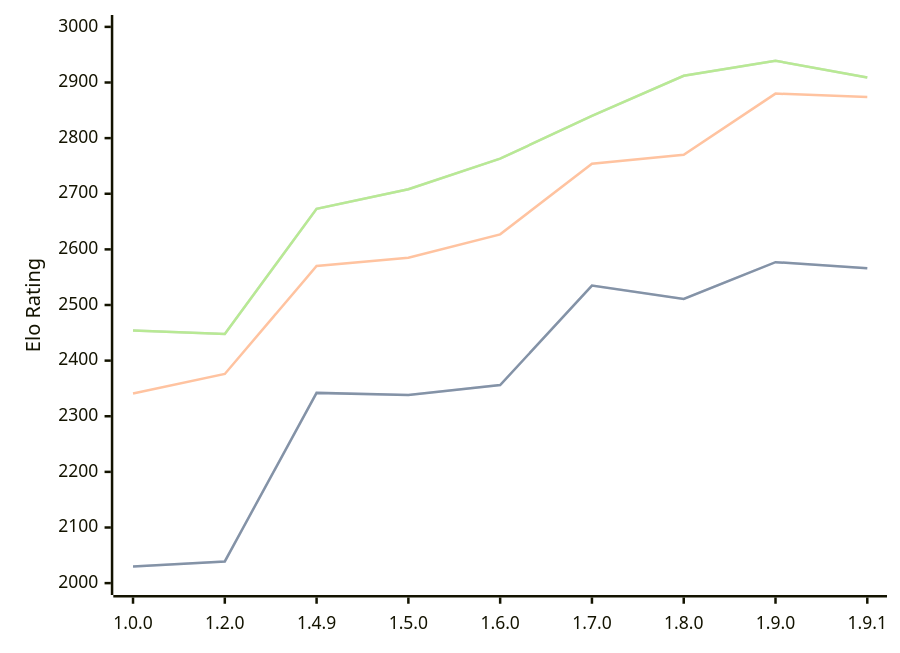
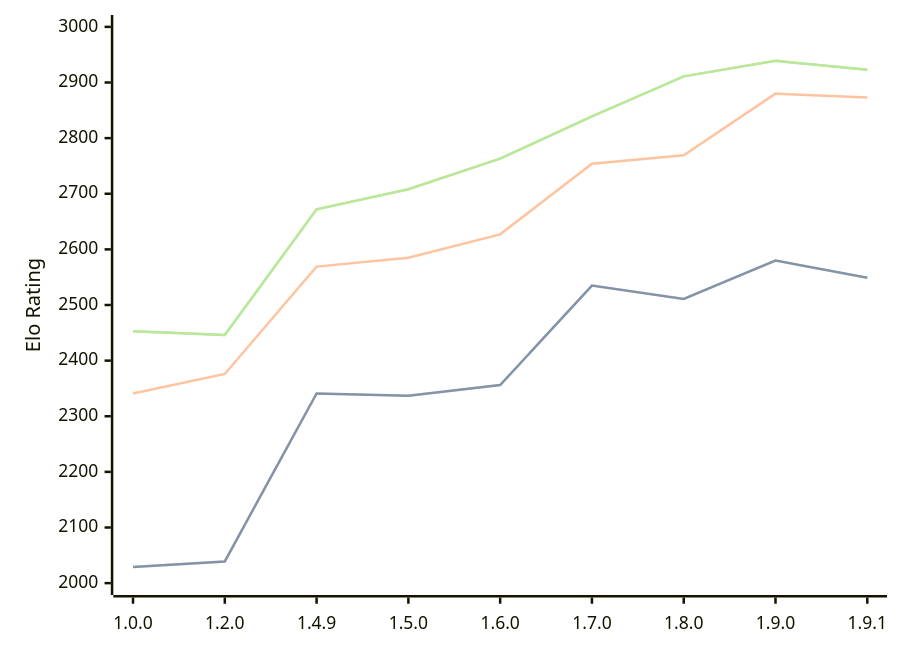
Before and after one commit to computer-chess-index/cci: the diagram in engines/Basilisk.md, drawn with Mermaid. The commit also changed other lines of this file, not shown here.

Commit message:
Update CCI Ratings (ELO VLTC) - 2026-07-27

````diff
--- a/engines/Basilisk.md
+++ b/engines/Basilisk.md
@@ -53,11 +53,11 @@
 ```mermaid
 %%{init: {"theme":"base","themeVariables":{"seriesColors:['#a3a3a3','#222221','#faa371']}}}%%
 xychart-beta
   x-axis ["1.0.0", "1.2.0", "1.4.9", "1.5.0", "1.6.0", "1.7.0", "1.8.0", "1.9.0", "1.9.1"]
   y-axis "Elo Rating" 2000 --> 3000
-  line "STC (8.0+0.08s)" [2030, 2039, 2342, 2338, 2356, 2535, 2511, 2577, 2566]
-  line "STC (8.0+0.08s)" [2030, 2039, 2342, 2338, 2356, 2535, 2511, 2577, 2566]
-  line "LTC (60.0+0.60s)" [2341, 2376, 2570, 2585, 2627, 2754, 2770, 2880, 2874]
-  line "VLTC (2m24s+1.12s)" [2454, 2448, 2673, 2708, 2763, 2840, 2912, 2939, 2909]
-  line "VLTC (2m24s+1.12s)" [2454, 2448, 2673, 2708, 2763, 2840, 2912, 2939, 2909]
+  line "STC (8.0+0.08s)" [2029, 2039, 2341, 2337, 2356, 2535, 2511, 2580, 2549]
+  line "STC (8.0+0.08s)" [2029, 2039, 2341, 2337, 2356, 2535, 2511, 2580, 2549]
+  line "LTC (60.0+0.60s)" [2341, 2376, 2569, 2585, 2627, 2754, 2769, 2880, 2873]
+  line "VLTC (2m24s+1.12s)" [2453, 2446, 2672, 2708, 2763, 2839, 2911, 2939, 2923]
+  line "VLTC (2m24s+1.12s)" [2453, 2446, 2672, 2708, 2763, 2839, 2911, 2939, 2923]
 ```
````
